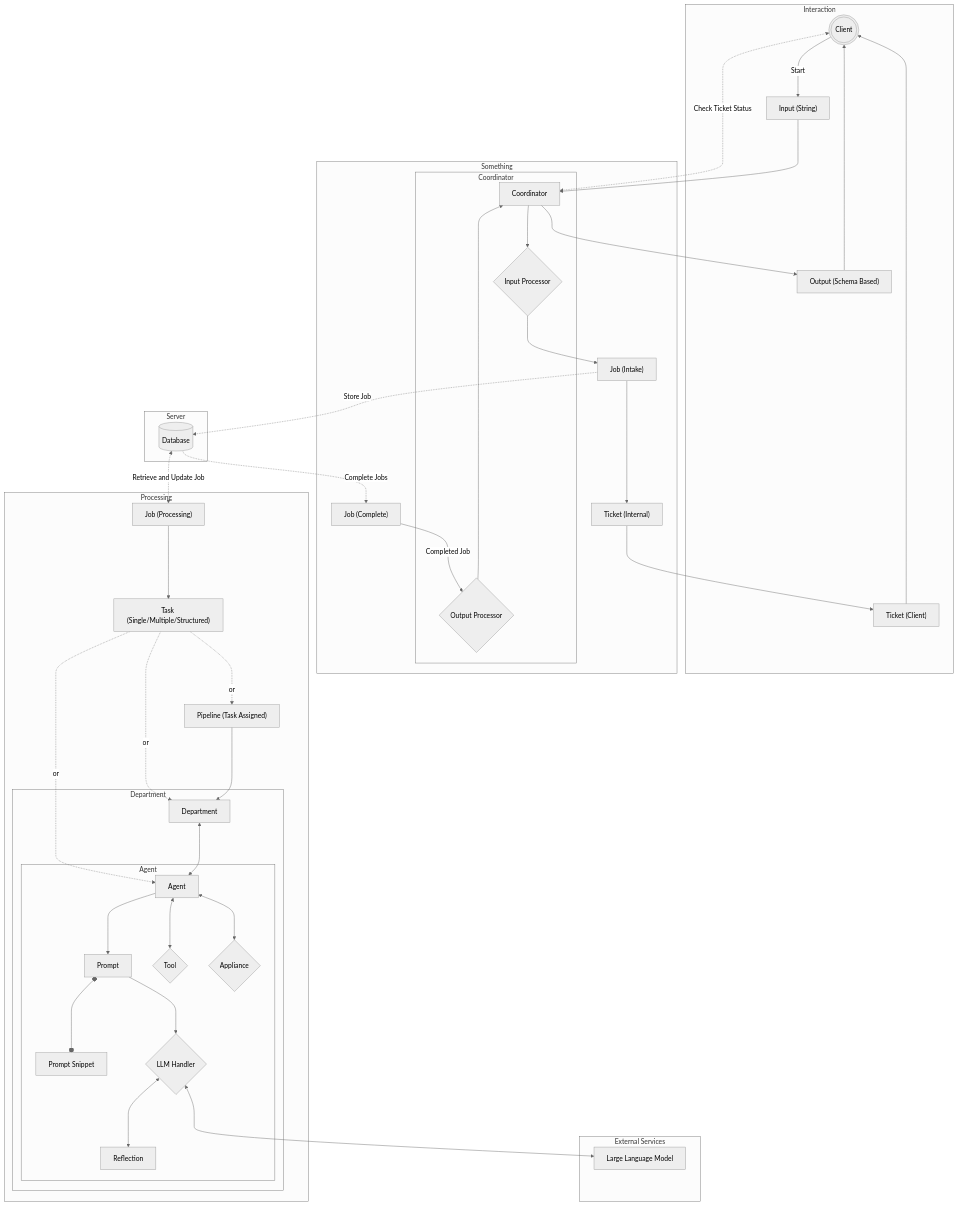
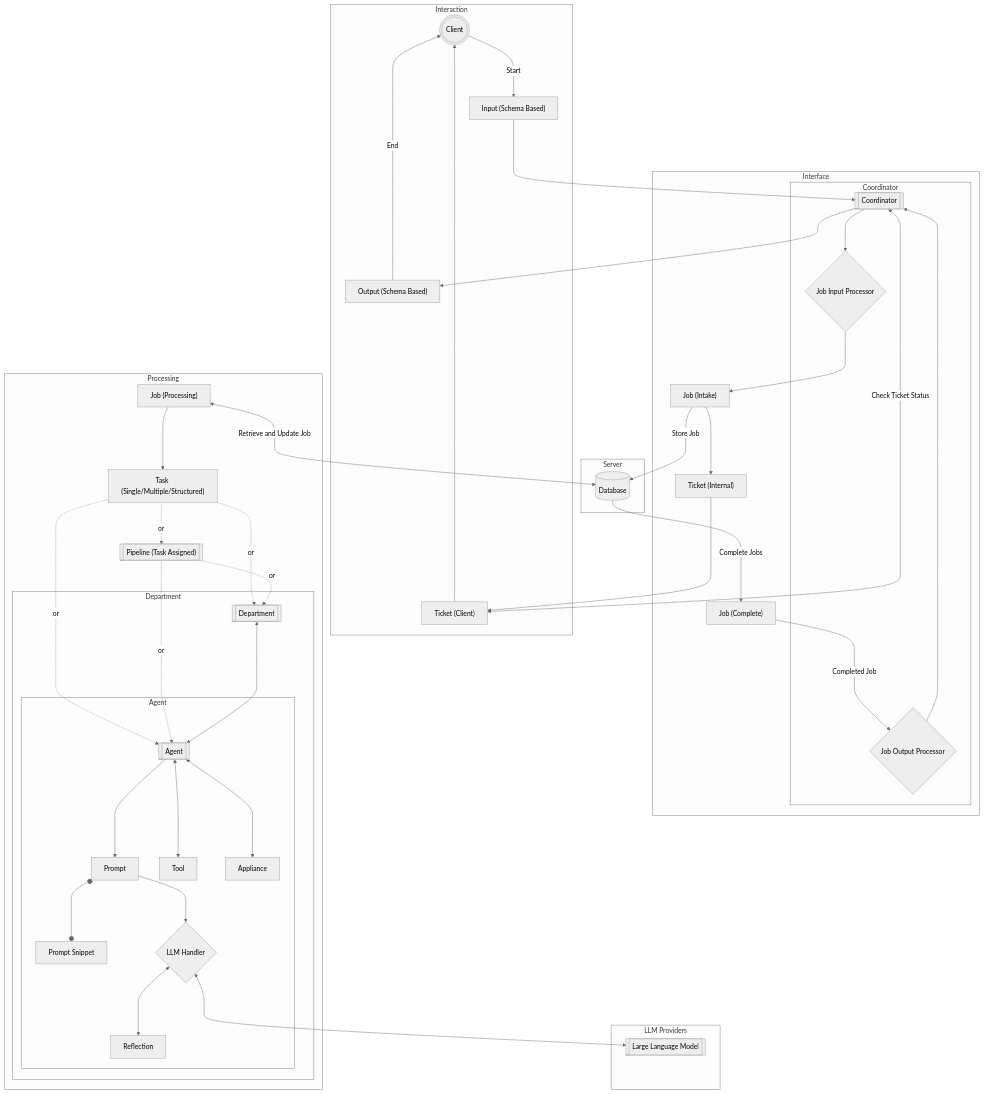
One commit to stratusadv/dandy changed the diagram in docs/flow.md. Above: the diagram before and after it, drawn with Mermaid (neutral theme).

Commit message:
Finished initial version of the flow chart

````diff
--- a/docs/flow.md
+++ b/docs/flow.md
@@ -1,76 +1,80 @@
 ```mermaid
 flowchart TD
     subgraph Interaction
         client((("Client")))
-        input["Input (String)"]
+        input["Input (Schema Based)"]
         output["Output (Schema Based)"]
         ticket_client["Ticket (Client)"]
     end
 
-    subgraph Something
+    client --->|Start| input
+    ticket_client <--->|Check Ticket Status| coordinator
+    input ---> coordinator
+
+    subgraph Interface
         subgraph Coordinator 
-        coordinator["Coordinator"]
-        input_processor{"Input Processor"}
-        output_processor{"Output Processor"}
+        coordinator[["Coordinator"]]
+        job_input_processor{"Job Input Processor"}
+        job_output_processor{"Job Output Processor"}
         end
         job_intake["Job (Intake)"]
         job_complete["Job (Complete)"]
         ticket_internal["Ticket (Internal)"]
     end
 
-    subgraph External Services
-        llm["Large Language Model"]
-    end
+    coordinator ---> job_input_processor
+    job_input_processor ---> job_intake
+    job_intake --->|Store Job| database
+    job_intake ---> ticket_internal
+    ticket_internal ---> ticket_client
+    ticket_client ---> client
 
     subgraph Processing
         job_processing["Job (Processing)"]
-        pipeline["Pipeline (Task Assigned)"]
+        pipeline[["Pipeline (Task Assigned)"]]
         task["Task (Single/Multiple/Structured)"]
         subgraph Department
-            department["Department"]
+            department[["Department"]]
             subgraph Agent
-                agent["Agent"]
+                agent[["Agent"]]
                 prompt["Prompt"]
                 prompt_snippet["Prompt Snippet"]
-                tool{"Tool"}
-                appliance{"Appliance"}
+                tool["Tool"]
+                appliance["Appliance"]
                 reflection["Reflection"]
                 llm_handler{"LLM Handler"}
             end
         end
     end
 
-    subgraph Server
-        database[("Database")]
-    end
-
-    client --->|Start| input
-    client <-.->|Check Ticket Status| coordinator
-    input ---> coordinator
-    coordinator ---> input_processor
-    input_processor ---> job_intake
-    job_intake -.->|Store Job| database
-    job_intake ---> ticket_internal
-    ticket_internal ---> ticket_client
-    ticket_client ---> client
-    database <-.->|Retrieve and Update Job| job_processing
+    job_processing <--->|Retrieve and Update Job| database
     job_processing ---> task
     task -.->|or| pipeline
     task -.->|or| department
     task -.->|or| agent
-    pipeline ---> department
+    pipeline -.->|or| department
+    pipeline -.->|or| agent
     department <---> agent
     agent <---> tool
     agent <---> appliance
     agent ---> prompt
     prompt o---o prompt_snippet
     prompt ---> llm_handler
     llm_handler <---> llm
     llm_handler <---> reflection
-    output ---> client
-    database -.->|Complete Jobs| job_complete
-    job_complete --->|Completed Job| output_processor
-    output_processor ---> coordinator
+    output --->|End| client
+    database --->|Complete Jobs| job_complete
+    job_complete --->|Completed Job| job_output_processor
+    job_output_processor ---> coordinator
     coordinator ---> output
 
+    subgraph LLM Providers
+        llm[["Large Language Model"]]
+    end
+
+    subgraph Server
+        database[("Database")]
+    end
+
+
 ```
````
